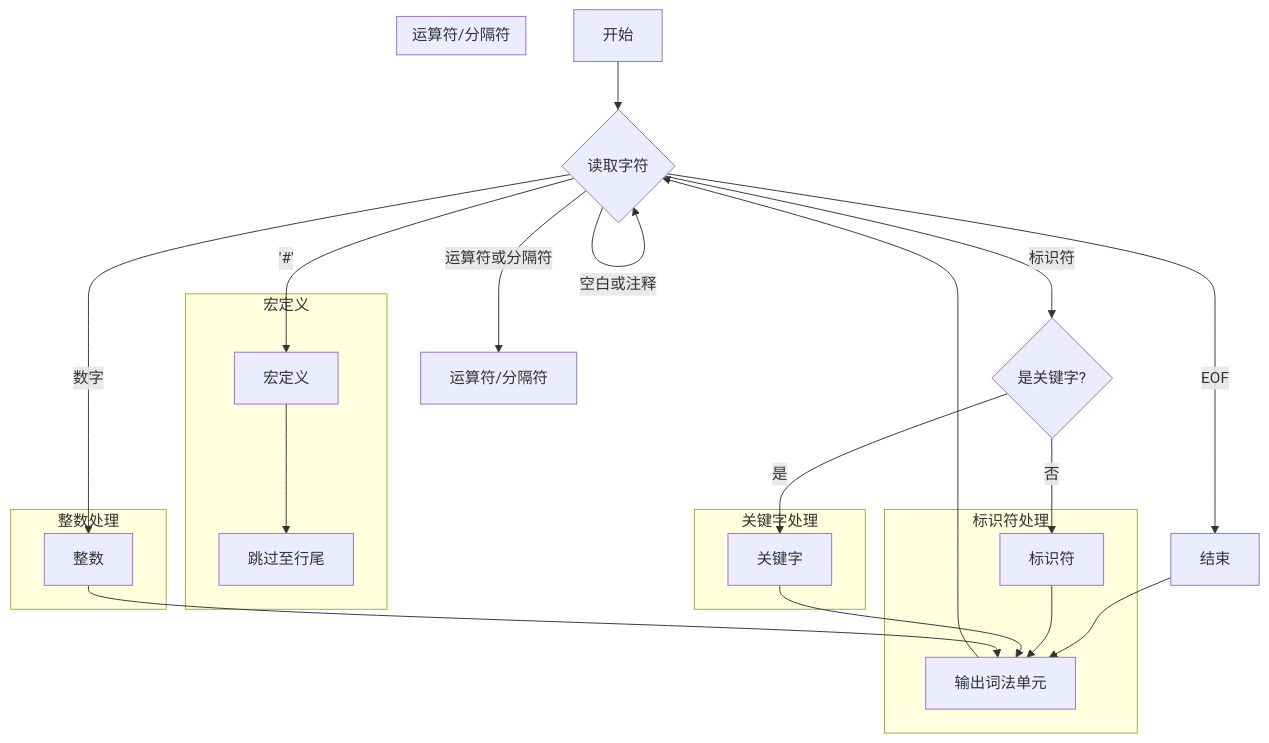
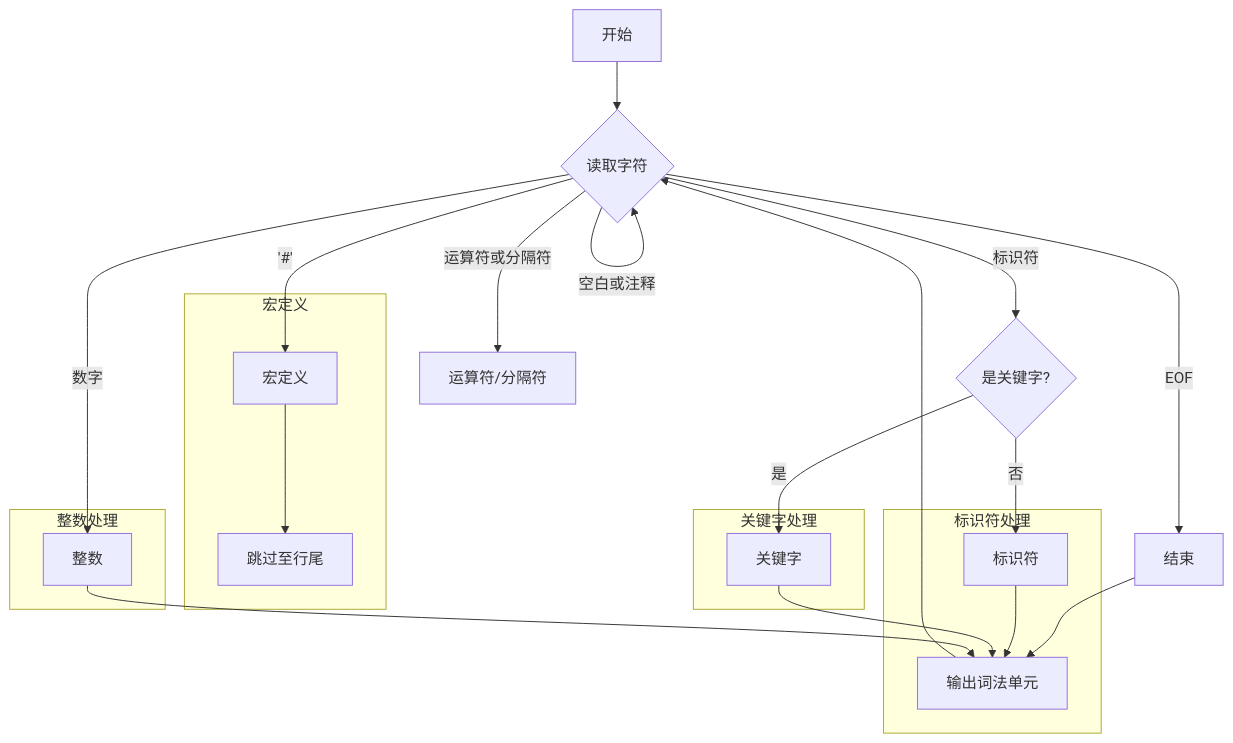
The diagram in all/未命名-1.md (wjq-ctrl/iodraw-files), drawn with Mermaid before and after one commit.

Commit message:
2024-09-28 19:48:23 update

````diff
--- a/all/未命名-1.md
+++ b/all/未命名-1.md
@@ -1,47 +1,45 @@
 ```mermaid
 graph TD  
     A[开始] --> B{读取字符}  
   
     B -->|空白或注释| B  
     B -->|标识符| C{是关键字?}  
     B -->|数字| D[整数]  
     B -->|'#'| E[宏定义]  
     B -->|运算符或分隔符| F[运算符/分隔符]  
     B -->|EOF| G[结束]  
   
     C -->|是| H[关键字]  
     C -->|否| I[标识符]  
   
     G --> J[输出词法单元]  
   
     subgraph 宏定义  
     E --> K[跳过至行尾]  
     end  
   
-    subgraph 运算符/分隔符  
-    
-    end  
+   
   
 
   
     
   
       
   
     subgraph 标识符处理  
     I --> J  
     end  
   
     subgraph 关键字处理  
     H --> J  
     end  
   
     subgraph 整数处理  
     D --> J  
     end  
   
  
   
   
     J --> B
 ```
````
